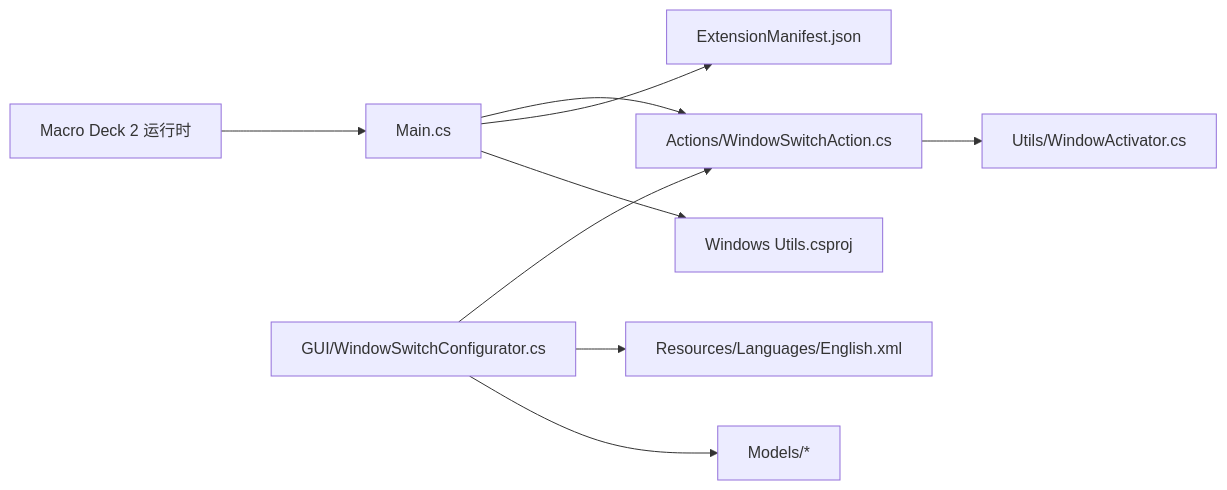
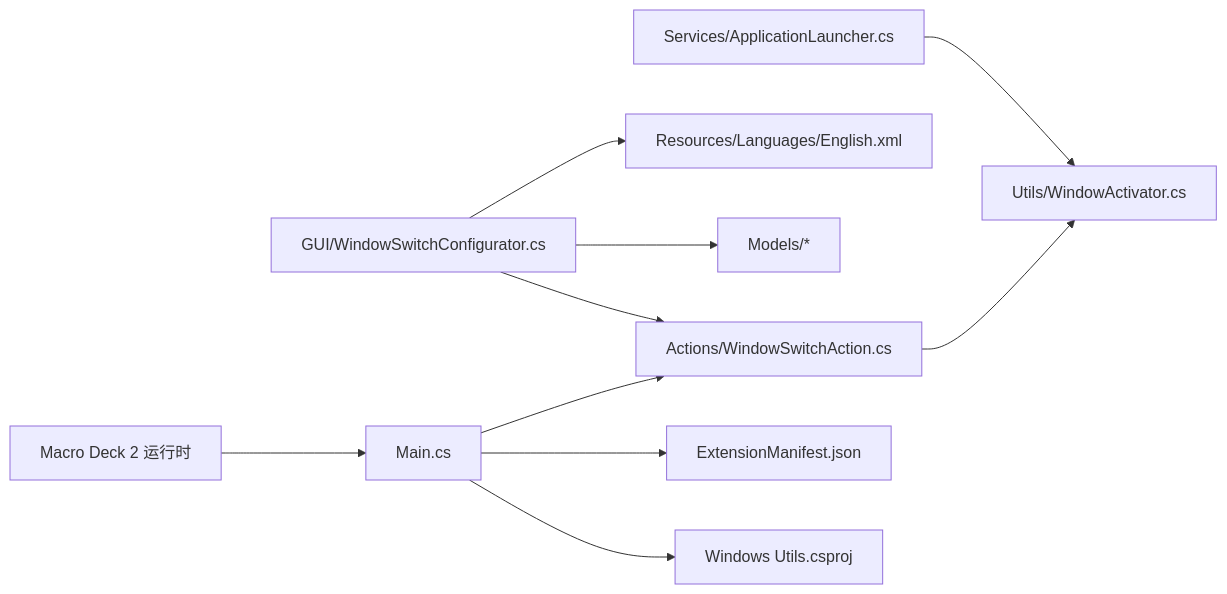
Before and after one commit to tea4go/Macro-Deck-Windows-Utils-Plugin: the sixth of 6 diagrams in .qoder/repowiki/zh/content/核心功能/窗口管理系统.md, drawn with Mermaid. The commit also changed other lines of this file and 16 other files, not shown here.

````diff
--- a/.qoder/repowiki/zh/content/核心功能/窗口管理系统.md
+++ b/.qoder/repowiki/zh/content/核心功能/窗口管理系统.md
@@ -264,11 +318,12 @@
 ```mermaid
 graph LR
 MacroDeck["Macro Deck 2 运行时"] --> Main["Main.cs"]
 Main --> WSAct["Actions/WindowSwitchAction.cs"]
 WSAct --> WA["Utils/WindowActivator.cs"]
 WSConf["GUI/WindowSwitchConfigurator.cs"] --> WSAct
 WSConf --> Lang["Resources/Languages/English.xml"]
 WSConf --> Models["Models/*"]
+Service["Services/ApplicationLauncher.cs"] --> WA
 Main --> Manifest["ExtensionManifest.json"]
 Main --> Proj["Windows Utils.csproj"]
 ```
````
